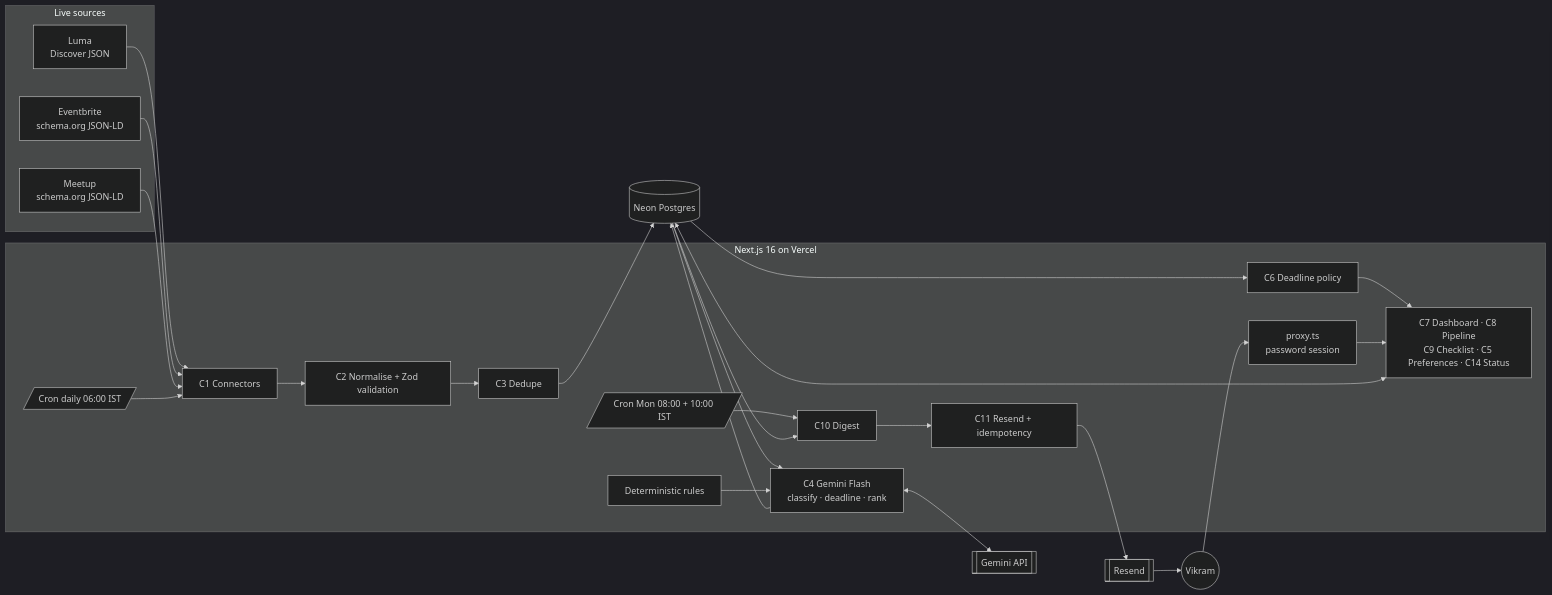
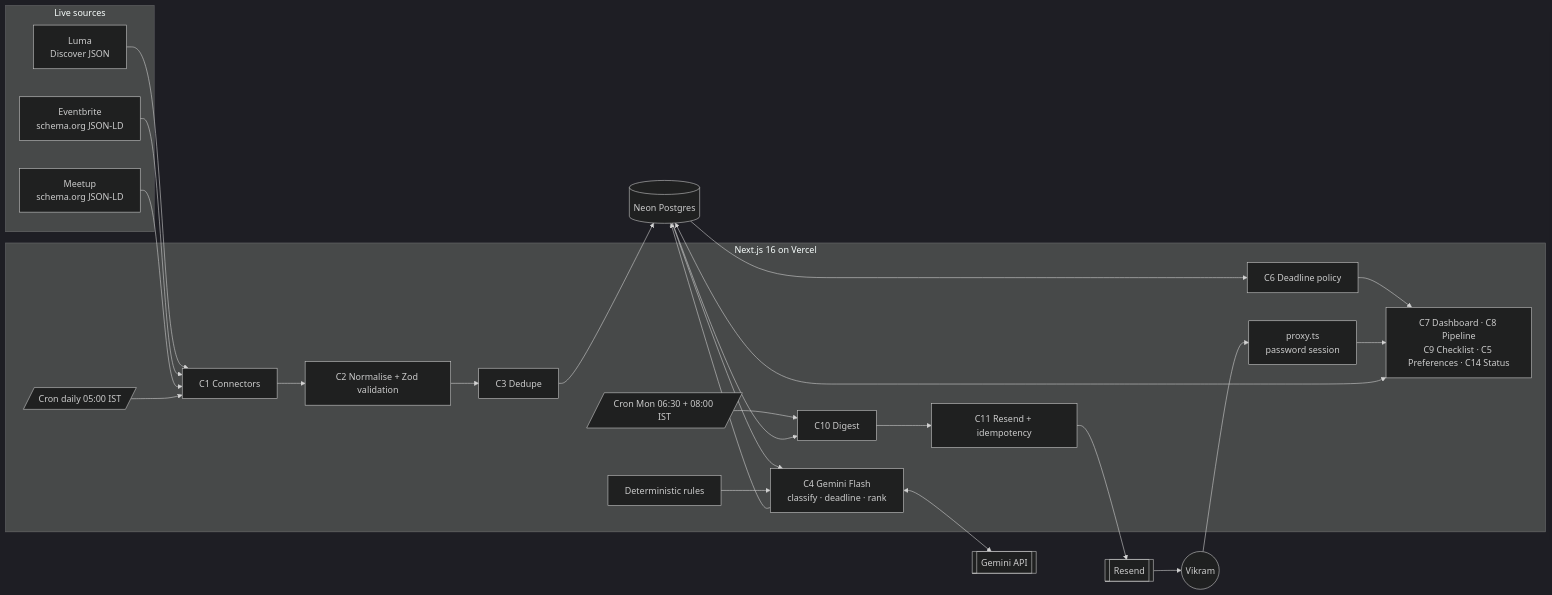
The diagram in docs/COMPONENTS_MAP.md (vyombhatnagar-lgtm/event-scout), drawn with Mermaid (dark theme) before and after one commit. The commit also changed other lines of this file and 15 other files, not shown here.

````diff
--- a/docs/COMPONENTS_MAP.md
+++ b/docs/COMPONENTS_MAP.md
@@ -64,38 +64,38 @@
 ```mermaid
 flowchart LR
   subgraph Sources["Live sources"]
     L[Luma<br/>Discover JSON]
     EB[Eventbrite<br/>schema.org JSON-LD]
     MU[Meetup<br/>schema.org JSON-LD]
   end
 
   subgraph App["Next.js 16 on Vercel"]
-    CR1[/Cron daily 06:00 IST/]
-    CR2[/Cron Mon 08:00 + 10:00 IST/]
+    CR1[/Cron daily 05:00 IST/]
+    CR2[/Cron Mon 06:30 + 08:00 IST/]
     C1[C1 Connectors]
     C2[C2 Normalise + Zod validation]
     C3[C3 Dedupe]
     C4[C4 Gemini Flash<br/>classify · deadline · rank]
     R[Deterministic rules]
     C6[C6 Deadline policy]
     C10[C10 Digest]
     C11[C11 Resend + idempotency]
     UI[C7 Dashboard · C8 Pipeline<br/>C9 Checklist · C5 Preferences · C14 Status]
     PX[proxy.ts<br/>password session]
   end
 
   DB[(Neon Postgres)]
   GEM[[Gemini API]]
   RES[[Resend]]
   V((Vikram))
 
   L & EB & MU --> C1
   CR1 --> C1 --> C2 --> C3 --> DB
   DB --> C4 <--> GEM
   R --> C4
   C4 --> DB
   DB --> C6 --> UI
   CR2 --> C10 --> C11 --> RES --> V
   DB --> C10
   V --> PX --> UI <--> DB
 ```
````
